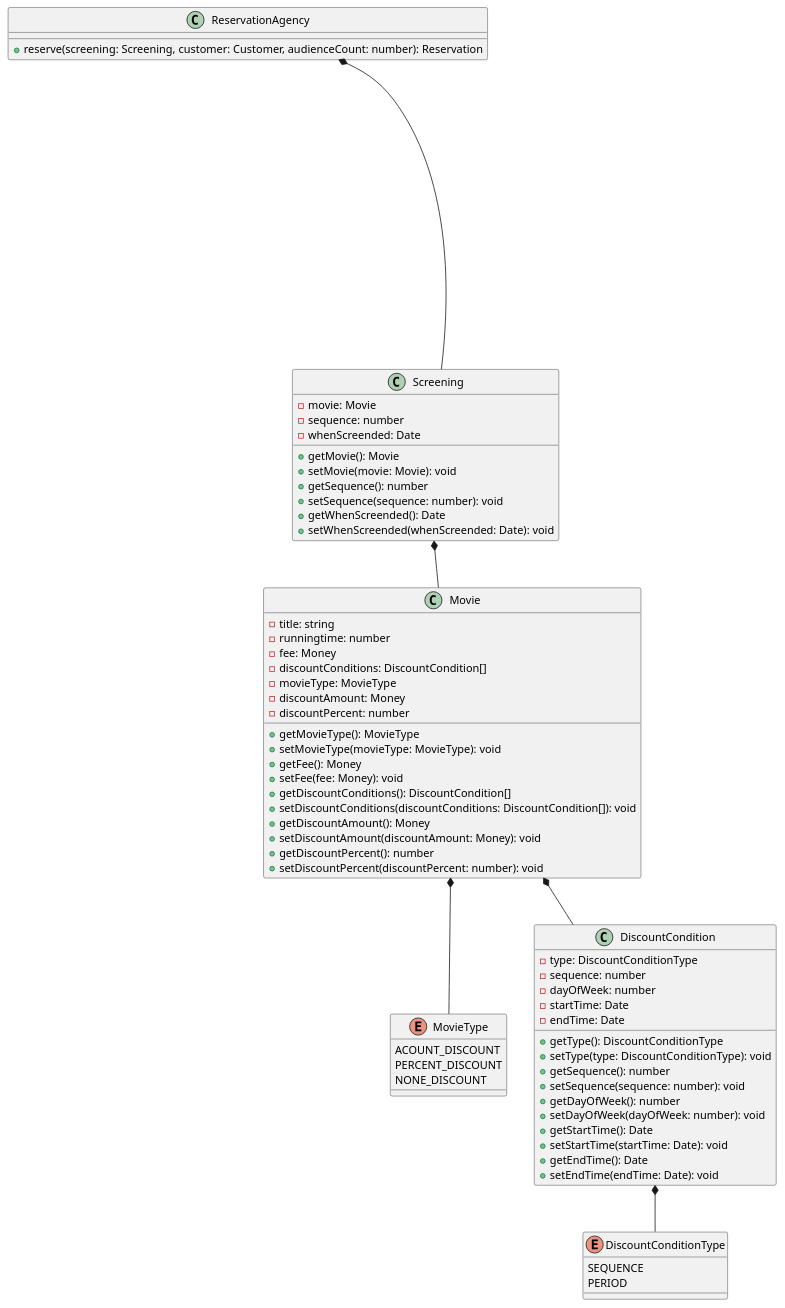
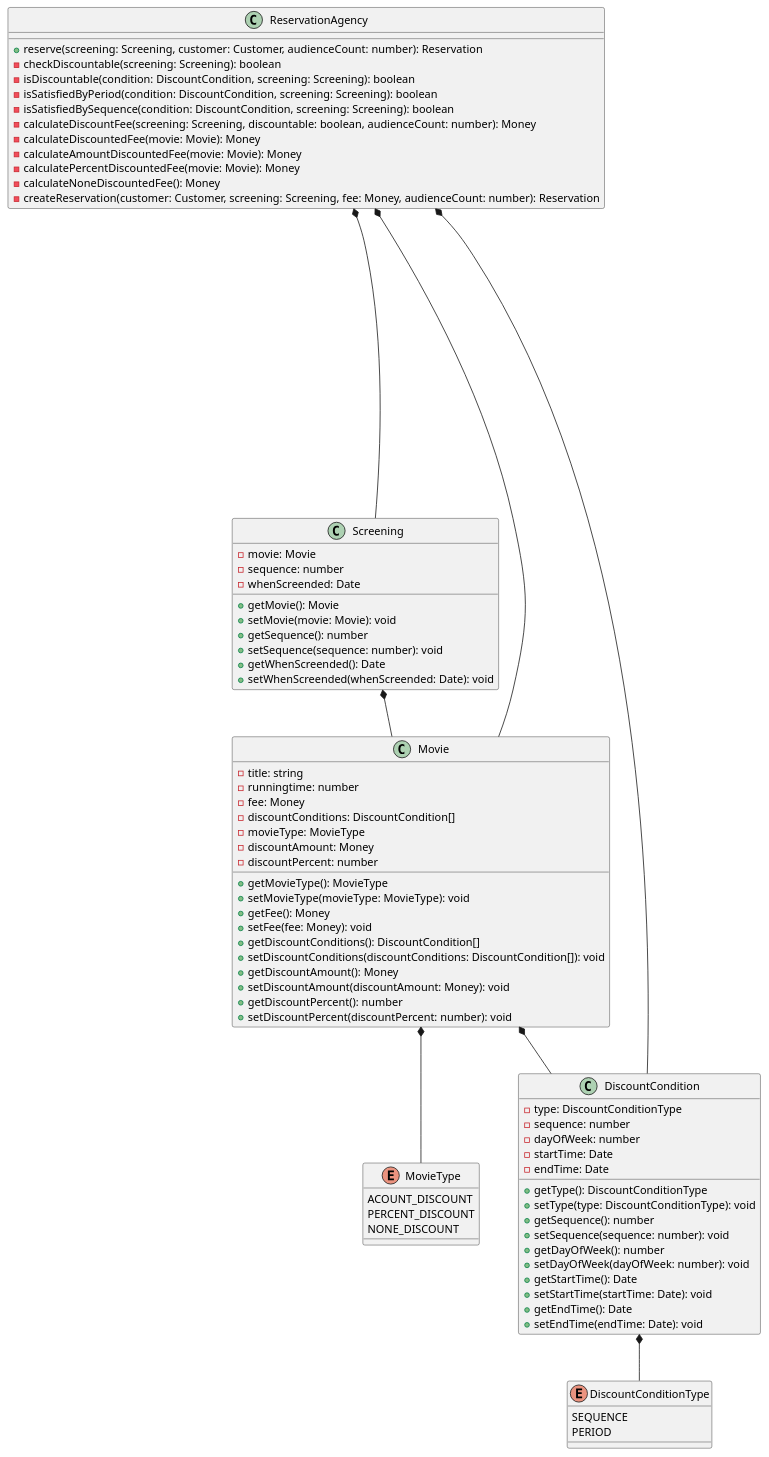
The diagram in chapter4/tplant.puml (vomvoru/object-study), drawn with PlantUML before and after one commit. The commit also changed 4 other files, not shown here.

```diff
--- a/chapter4/tplant.puml
+++ b/chapter4/tplant.puml
@@ -1,108 +1,121 @@
 @startuml
 class Customer {
     -name: string
     -id: string
     +getName(): string
     +setName(name: string): void
     +getId(): string
     +setId(id: string): void
 }
 enum DiscountConditionType {
     SEQUENCE
     PERIOD
 }
 class DiscountCondition {
     -type: DiscountConditionType
     -sequence: number
     -dayOfWeek: number
     -startTime: Date
     -endTime: Date
     +getType(): DiscountConditionType
     +setType(type: DiscountConditionType): void
     +getSequence(): number
     +setSequence(sequence: number): void
     +getDayOfWeek(): number
     +setDayOfWeek(dayOfWeek: number): void
     +getStartTime(): Date
     +setStartTime(startTime: Date): void
     +getEndTime(): Date
     +setEndTime(endTime: Date): void
 }
 class Money {
     -amount: number
     +plus(amount: Money): Money
     +minus(amount: Money): Money
     +times(percent: number): Money
     +isLessThan(other: Money): boolean
     +isGreaterThanOrEqual(other: Money): boolean
     +{static} ZERO: Money
     +{static} wons(amount: number): Money
 }
 enum MovieType {
     ACOUNT_DISCOUNT
     PERCENT_DISCOUNT
     NONE_DISCOUNT
 }
 class Movie {
     -title: string
     -runningtime: number
     -fee: Money
     -discountConditions: DiscountCondition[]
     -movieType: MovieType
     -discountAmount: Money
     -discountPercent: number
     +getMovieType(): MovieType
     +setMovieType(movieType: MovieType): void
     +getFee(): Money
     +setFee(fee: Money): void
     +getDiscountConditions(): DiscountCondition[]
     +setDiscountConditions(discountConditions: DiscountCondition[]): void
     +getDiscountAmount(): Money
     +setDiscountAmount(discountAmount: Money): void
     +getDiscountPercent(): number
     +setDiscountPercent(discountPercent: number): void
 }
 class Screening {
     -movie: Movie
     -sequence: number
     -whenScreended: Date
     +getMovie(): Movie
     +setMovie(movie: Movie): void
     +getSequence(): number
     +setSequence(sequence: number): void
     +getWhenScreended(): Date
     +setWhenScreended(whenScreended: Date): void
 }
 class Reservation {
     -customer: Customer
     -screening: Screening
     -fee: Money
     -audienceCount: number
     +getCustomer(): Customer
     +setCustomer(customer: Customer): void
     +getScreening(): Screening
     +setScreening(screening: Screening): void
     +getFee(): Money
     +setFee(fee: Money): void
     +getAudienceCount(): number
     +setAudienceCount(audienceCount: number): void
 }
 class ReservationAgency {
     +reserve(screening: Screening, customer: Customer, audienceCount: number): Reservation
+    -checkDiscountable(screening: Screening): boolean
+    -isDiscountable(condition: DiscountCondition, screening: Screening): boolean
+    -isSatisfiedByPeriod(condition: DiscountCondition, screening: Screening): boolean
+    -isSatisfiedBySequence(condition: DiscountCondition, screening: Screening): boolean
+    -calculateDiscountFee(screening: Screening, discountable: boolean, audienceCount: number): Money
+    -calculateDiscountedFee(movie: Movie): Money
+    -calculateAmountDiscountedFee(movie: Movie): Money
+    -calculatePercentDiscountedFee(movie: Movie): Money
+    -calculateNoneDiscountedFee(): Money
+    -createReservation(customer: Customer, screening: Screening, fee: Money, audienceCount: number): Reservation
 }
 DiscountCondition *-- DiscountConditionType
 Movie *-- Money
 Movie *-- DiscountCondition
 Movie *-- MovieType
 Screening *-- Movie
 Reservation *-- Customer
 Reservation *-- Screening
 Reservation *-- Money
 ReservationAgency *-- Screening
 ReservationAgency *-- Customer
 ReservationAgency *-- Reservation
+ReservationAgency *-- DiscountCondition
+ReservationAgency *-- Money
+ReservationAgency *-- Movie
 
 hide Money
 hide Customer
 hide Reservation
 @enduml
```
